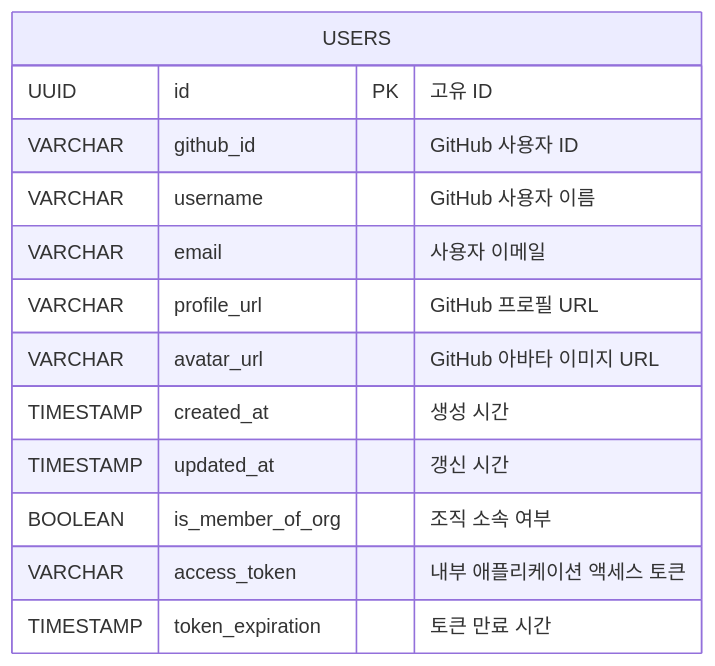
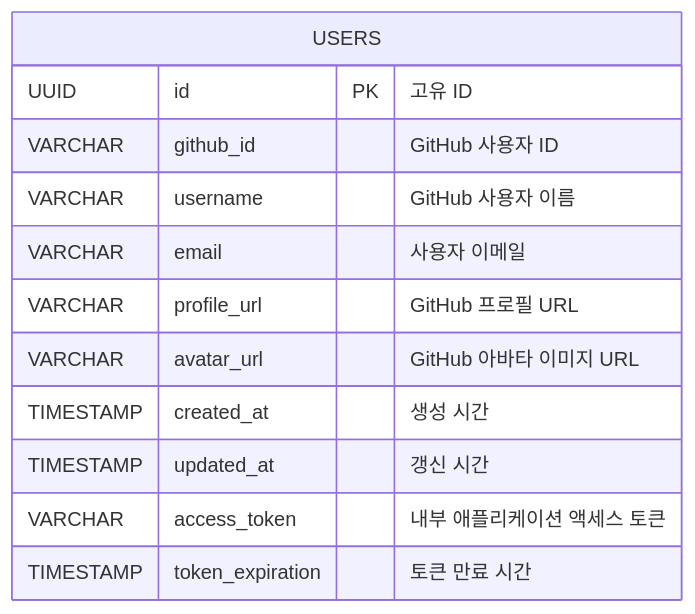
The diagram in scheme.md (EntryDSM/Equus-Github-Auth), drawn with Mermaid before and after one commit.

Commit message:
feat : (#2) update database scheme(remove is_member_of_org colum)

````diff
--- a/scheme.md
+++ b/scheme.md
@@ -3,16 +3,15 @@
 ```mermaid
 erDiagram
     USERS {
         UUID id PK "고유 ID"
         VARCHAR github_id "GitHub 사용자 ID"
         VARCHAR username "GitHub 사용자 이름"
         VARCHAR email "사용자 이메일"
         VARCHAR profile_url "GitHub 프로필 URL"
         VARCHAR avatar_url "GitHub 아바타 이미지 URL"
         TIMESTAMP created_at "생성 시간"
         TIMESTAMP updated_at "갱신 시간"
-        BOOLEAN is_member_of_org "조직 소속 여부"
         VARCHAR access_token "내부 애플리케이션 액세스 토큰"
         TIMESTAMP token_expiration "토큰 만료 시간"
     }
 ```
````
